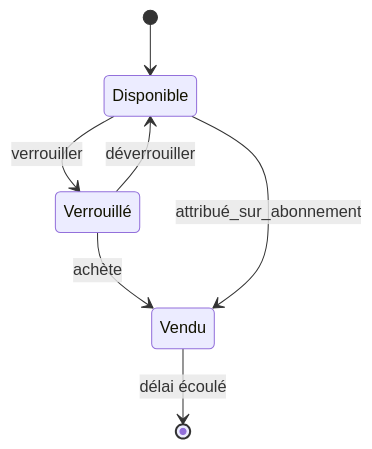
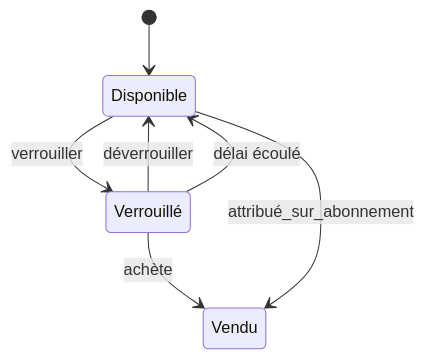
Diagram 23 of 30 in docs/Year 2/Semester 1/ACOO/Cours/acoo-analyse-modele-dynamique.md (Yahya8bit/ensi-survival-kit), drawn with Mermaid before and after one commit. The commit also changed other lines of this file, not shown here.

````diff
--- a/docs/Year 2/Semester 1/ACOO/Cours/acoo-analyse-modele-dynamique.md
+++ b/docs/Year 2/Semester 1/ACOO/Cours/acoo-analyse-modele-dynamique.md
@@ -629,9 +628,9 @@
 ```mermaid
 stateDiagram-v2
     [*] --> Disponible
     Disponible --> Verrouillé : verrouiller
     Verrouillé --> Disponible : déverrouiller
+    Verrouillé --> Disponible : délai écoulé
     Verrouillé --> Vendu : achète
     Disponible --> Vendu : attribué_sur_abonnement
-    Vendu --> [*] : délai écoulé
 ```
````
